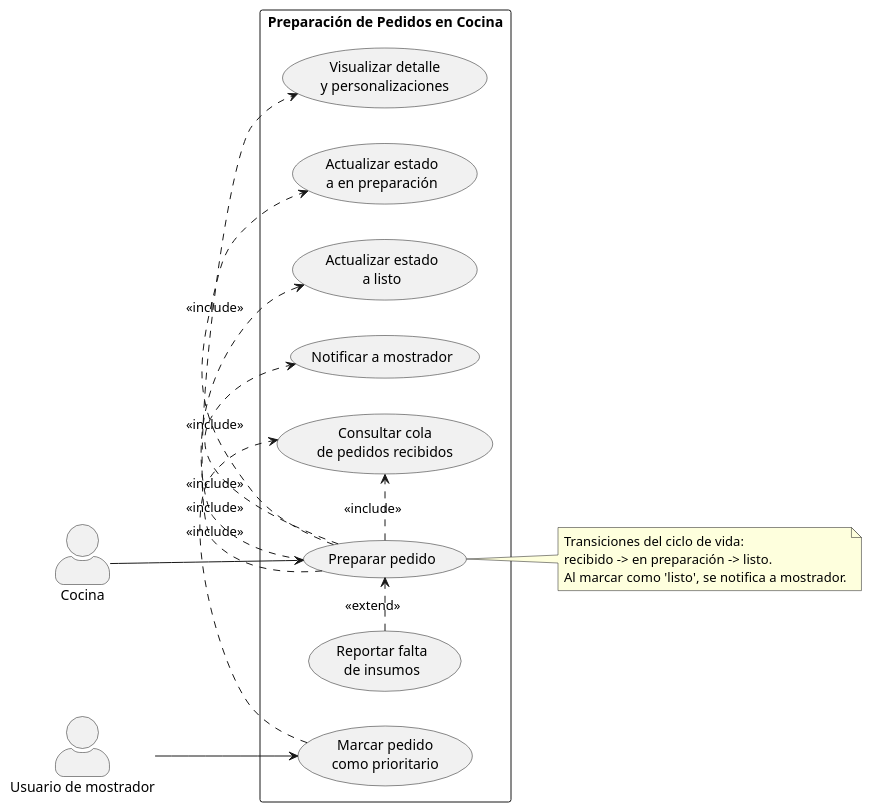
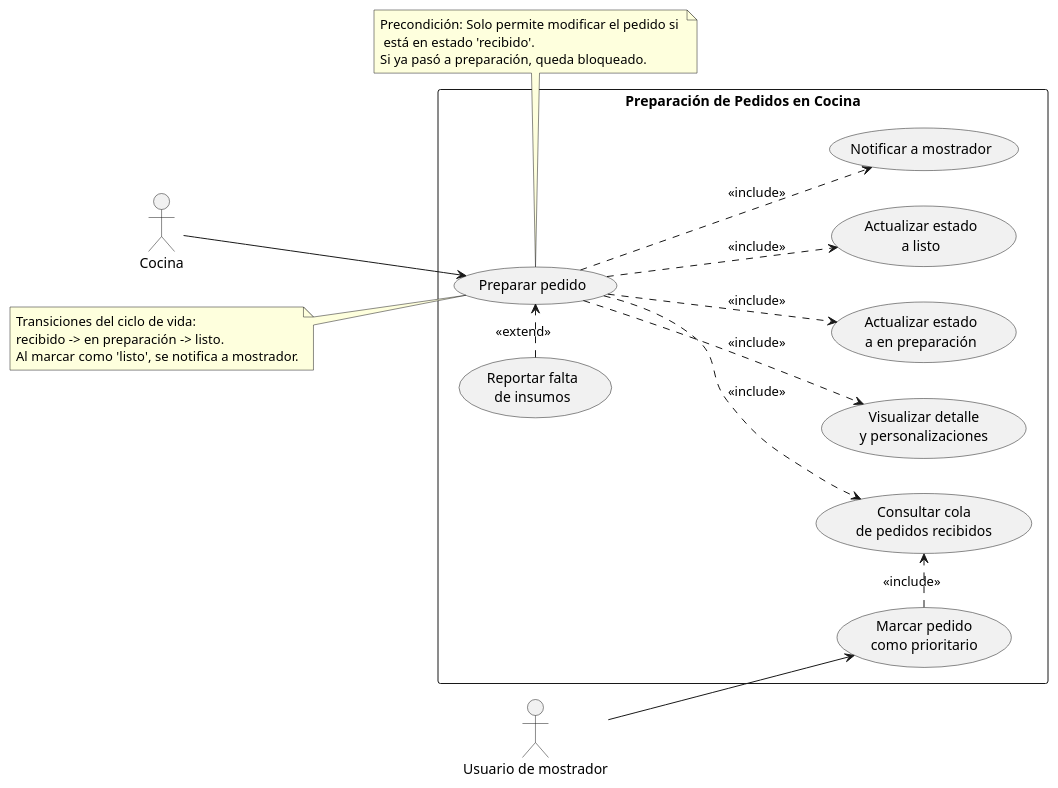
One commit to cmariano93-netizen/SistemaPedidos changed the diagram in diagramas/02-casos-de-uso/02-preparar-pedido.puml. Above: the diagram before and after it, drawn with PlantUML. The commit also changed 13 other files, not shown here.

```diff
--- a/diagramas/02-casos-de-uso/02-preparar-pedido.puml
+++ b/diagramas/02-casos-de-uso/02-preparar-pedido.puml
@@ -1,38 +1,41 @@
 @startuml
 left to right direction
-skinparam packageStyle rectangle
-skinparam shadowing false
-skinparam actorStyle awesome
 
 actor "Cocina" as Cocina
 actor "Usuario de mostrador" as Mostrador
 
 rectangle "Preparación de Pedidos en Cocina" {
   usecase "Preparar pedido" as UC_Preparar
   usecase "Consultar cola\nde pedidos recibidos" as UC_Cola
   usecase "Visualizar detalle\ny personalizaciones" as UC_Detalle
   usecase "Actualizar estado\na en preparación" as UC_EnPrep
   usecase "Actualizar estado\na listo" as UC_Listo
   usecase "Notificar a mostrador" as UC_NotificarMostrador
   usecase "Marcar pedido\ncomo prioritario" as UC_Priorizar
   usecase "Reportar falta\nde insumos" as UC_FaltaInsumos
 }
 
 Cocina --> UC_Preparar
 Mostrador --> UC_Priorizar
 
-UC_Preparar .> UC_Cola : <<include>>
-UC_Preparar .> UC_Detalle : <<include>>
-UC_Preparar .> UC_EnPrep : <<include>>
-UC_Preparar .> UC_Listo : <<include>>
-UC_Preparar .> UC_NotificarMostrador : <<include>>
+UC_Preparar -d.> UC_Cola : <<include>>
+UC_Preparar -d.> UC_Detalle : <<include>>
+UC_Preparar -d.> UC_EnPrep : <<include>>
+UC_Preparar -d.> UC_Listo : <<include>>
+UC_Preparar -d.> UC_NotificarMostrador : <<include>>
 
 UC_Priorizar .> UC_Cola : <<include>>
 UC_FaltaInsumos .> UC_Preparar : <<extend>>
 
-note right of UC_Preparar
+note left of UC_Preparar
   Transiciones del ciclo de vida:
   recibido -> en preparación -> listo.
   Al marcar como 'listo', se notifica a mostrador.
 end note
+
+note top of UC_Preparar
+Precondición: Solo permite modificar el pedido si 
+ está en estado 'recibido'.
+Si ya pasó a preparación, queda bloqueado.
+end note
 @enduml
```
